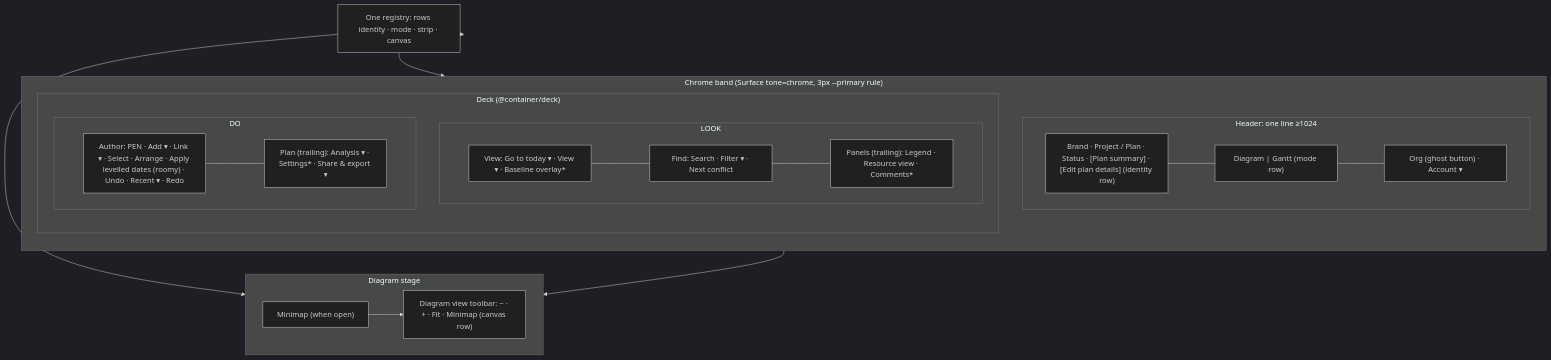
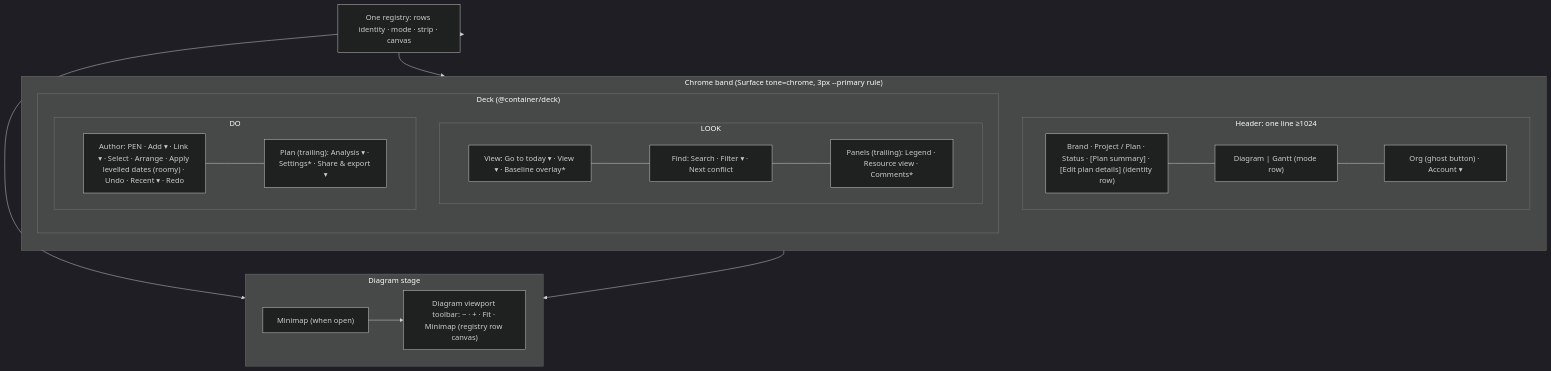
One commit to HuttonHomeHub/SchedulePoint_1 changed the diagram in docs/specs/toolbar-redesign/feature-spec.md. Above: the diagram before and after it, drawn with Mermaid (dark theme). The commit also changed other lines of this file and 1 other file, not shown here.

First line of the commit message:
docs(docs): toolbar-redesign spec round 3 (promotion model, org switcher, gates)

````diff
--- a/docs/specs/toolbar-redesign/feature-spec.md
+++ b/docs/specs/toolbar-redesign/feature-spec.md
@@ -436,28 +446,28 @@
 ```mermaid
 flowchart TB
   subgraph Band["Chrome band (Surface tone=chrome, 3px --primary rule)"]
     direction TB
     subgraph Header["Header: one line ≥1024"]
       direction LR
       I["Brand · Project / Plan · Status · [Plan summary] · [Edit plan details] (identity row)"] --- M["Diagram | Gantt (mode row)"] --- O["Org (ghost button) · Account ▾"]
     end
     subgraph Deck["Deck (@container/deck)"]
       direction TB
       subgraph LOOK["LOOK"]
         direction LR
         V["View: Go to today ▾ · View ▾ · Baseline overlay*"] --- F["Find: Search · Filter ▾ · Next conflict"] --- P["Panels (trailing): Legend · Resource view · Comments*"]
       end
       subgraph DO["DO"]
         direction LR
         A["Author: PEN · Add ▾ · Link ▾ · Select · Arrange · Apply levelled dates (roomy) · Undo · Recent ▾ · Redo"] --- PL["Plan (trailing): Analysis ▾ · Settings* · Share & export ▾"]
       end
     end
   end
   subgraph Stage["Diagram stage"]
-    MM["Minimap (when open)"] --> CL["Diagram view toolbar: − · + · Fit · Minimap (canvas row)"]
+    MM["Minimap (when open)"] --> CL["Diagram viewport toolbar: − · + · Fit · Minimap (registry row canvas)"]
   end
   Band --> Stage
   R["One registry: rows identity · mode · strip · canvas"] --> Header
   R --> Deck
   R --> Stage
 ```
````
